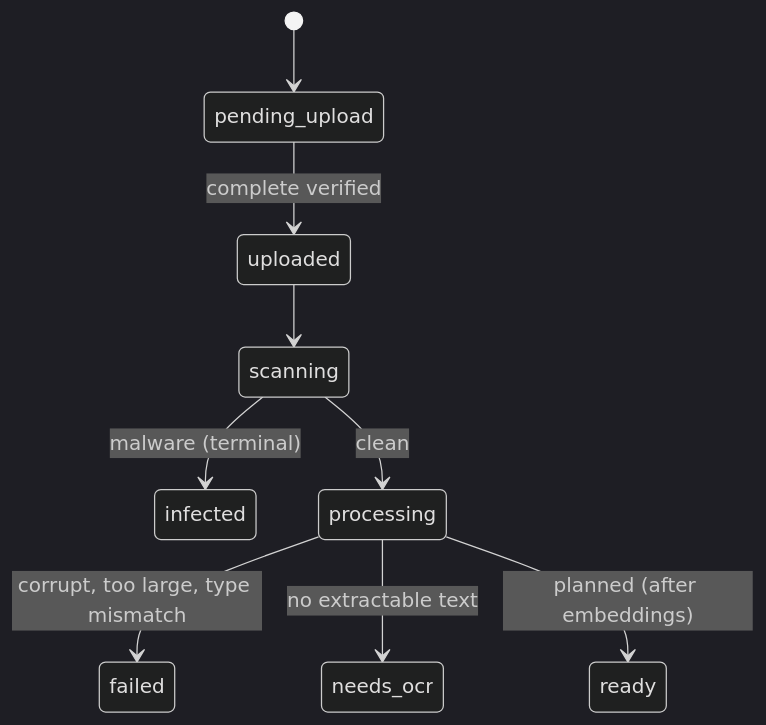
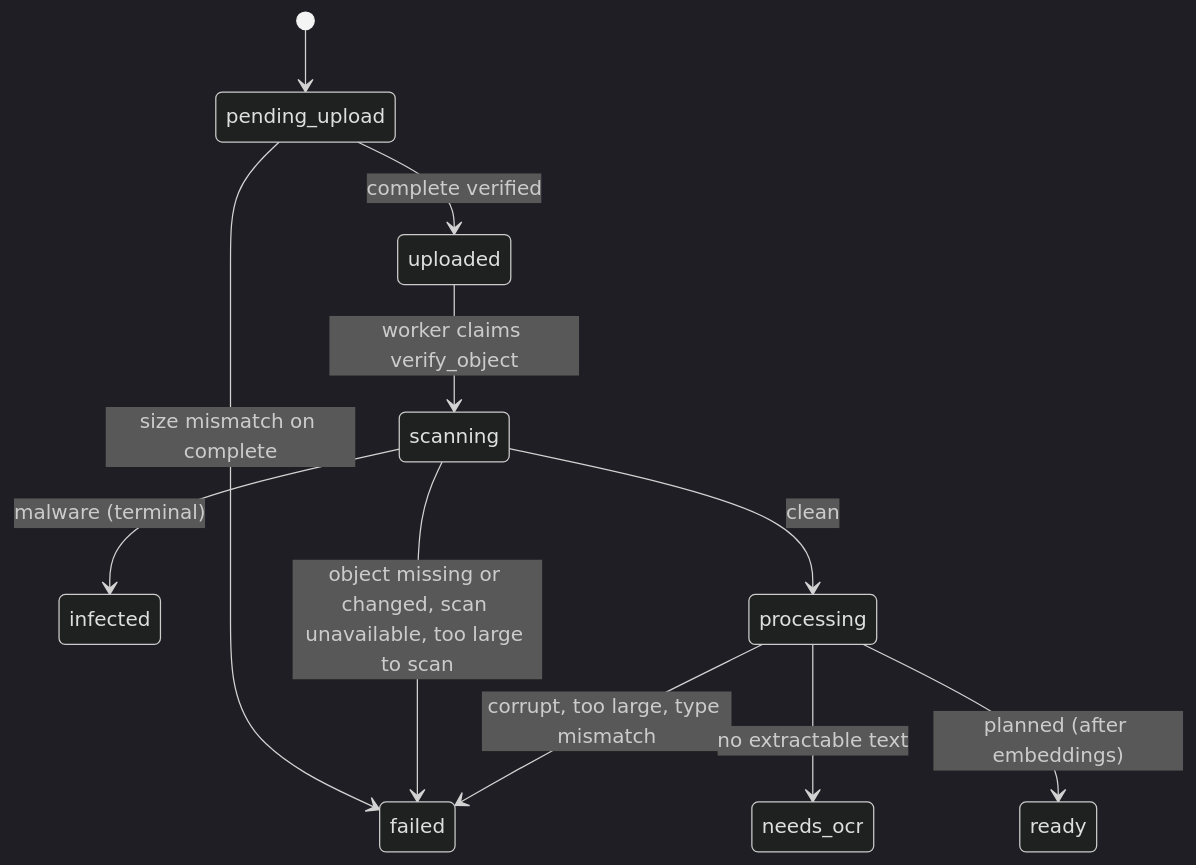
The fourth of 4 diagrams in docs/architecture.md (manan-77/clouddrop), drawn with Mermaid (dark theme) before and after one commit. The commit also changed other lines of this file and 2 other files, not shown here.

Commit message:
fix(docs): address PR review findings for the architecture docs

````diff
--- a/docs/architecture.md
+++ b/docs/architecture.md
@@ -62,11 +62,13 @@
 ```mermaid
 stateDiagram-v2
   [*] --> pending_upload
   pending_upload --> uploaded: complete verified
-  uploaded --> scanning
+  pending_upload --> failed: size mismatch on complete
+  uploaded --> scanning: worker claims verify_object
+  scanning --> failed: object missing or changed, scan unavailable, too large to scan
   scanning --> infected: malware (terminal)
   scanning --> processing: clean
   processing --> failed: corrupt, too large, type mismatch
   processing --> needs_ocr: no extractable text
   processing --> ready: planned (after embeddings)
 ```
````
